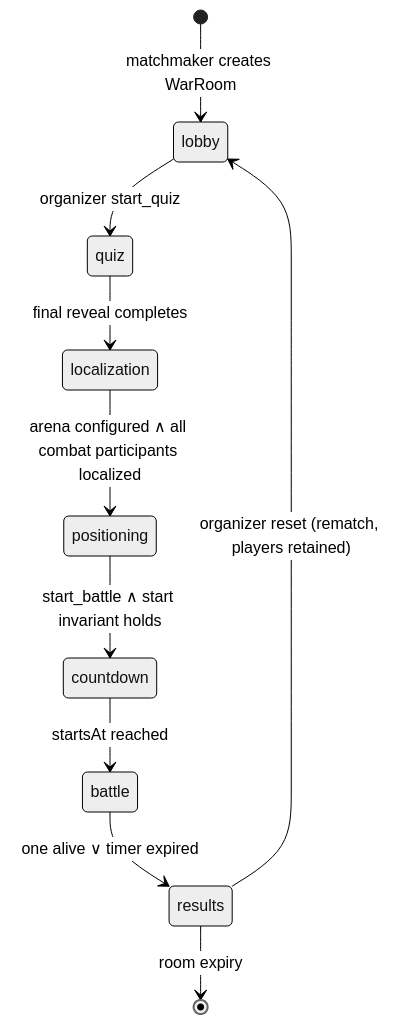
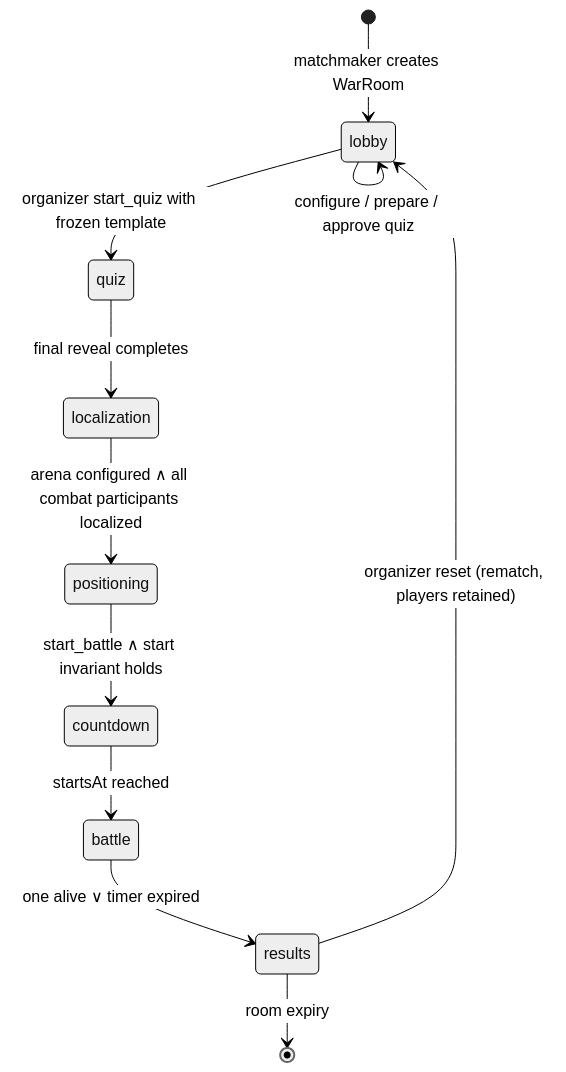
The ninth of 10 diagrams in ARCHITECTURE.md (Vaibtan/CodexWars), drawn with Mermaid (neutral theme) before and after one commit. The commit also changed other lines of this file and 64 other files, not shown here.

````diff
--- a/ARCHITECTURE.md
+++ b/ARCHITECTURE.md
@@ -242,12 +281,13 @@
 ```mermaid
 stateDiagram-v2
     [*] --> lobby: matchmaker creates WarRoom
-    lobby --> quiz: organizer start_quiz
+    lobby --> lobby: configure / prepare / approve quiz
+    lobby --> quiz: organizer start_quiz with frozen template
     quiz --> localization: final reveal completes
     localization --> positioning: arena configured ∧ all combat participants localized
     positioning --> countdown: start_battle ∧ start invariant holds
     countdown --> battle: startsAt reached
     battle --> results: one alive ∨ timer expired
     results --> lobby: organizer reset (rematch, players retained)
     results --> [*]: room expiry
 ```
````
